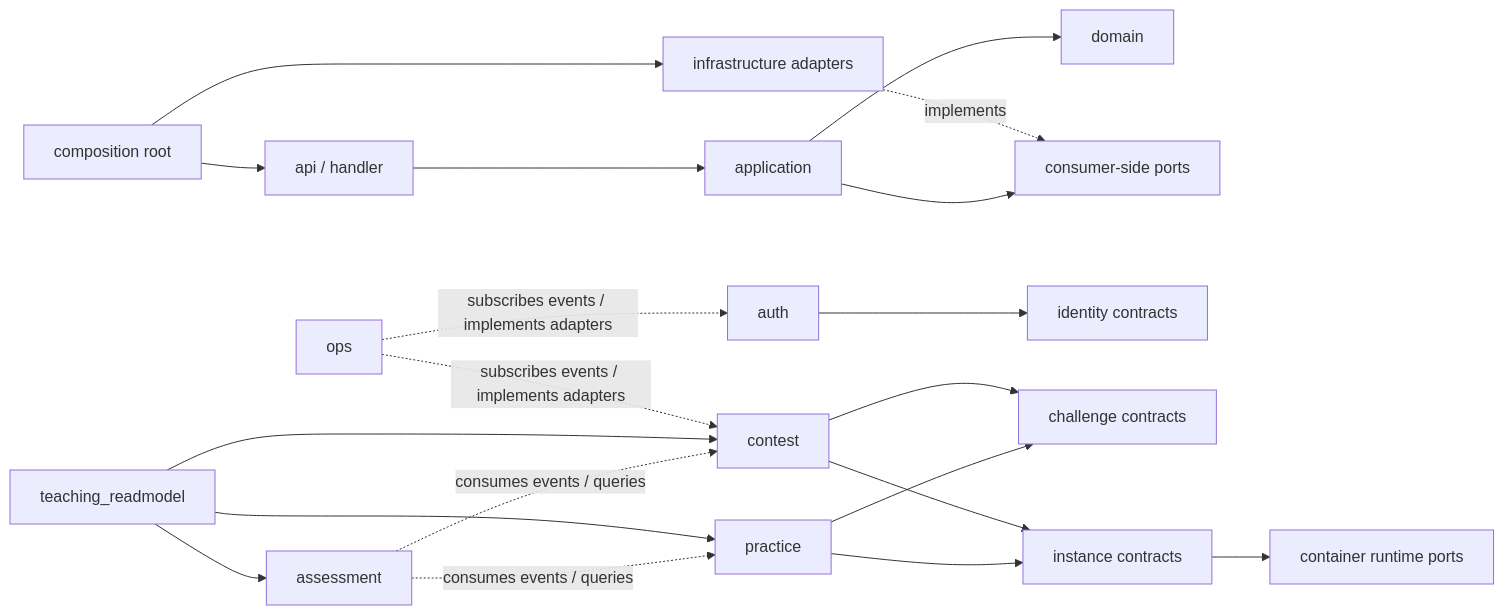
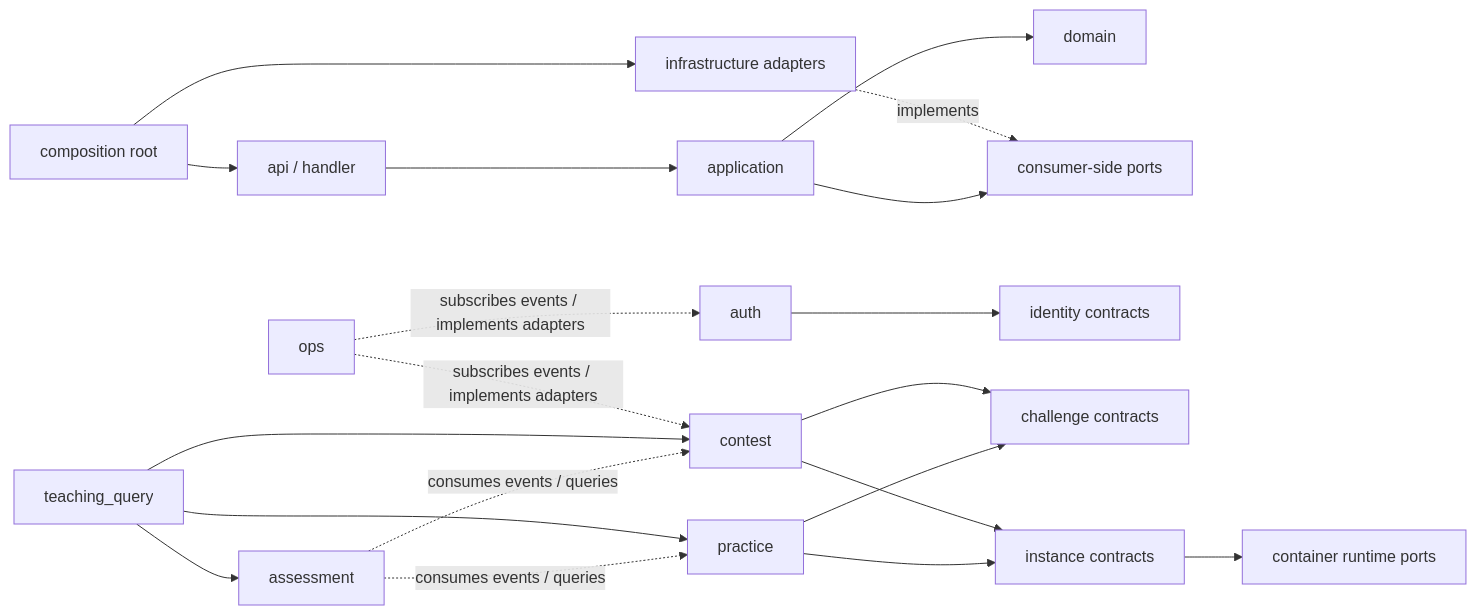
The diagram in docs/design/backend-module-boundary-target.md (architectcgz/ctf), drawn with Mermaid before and after one commit. The commit also changed other lines of this file and 45 other files, not shown here.

Commit message:
重构(后端): 将 teaching_readmodel 重命名为 teaching_query

````diff
--- a/docs/design/backend-module-boundary-target.md
+++ b/docs/design/backend-module-boundary-target.md
@@ -54,23 +54,23 @@
 ```mermaid
 flowchart LR
     API["api / handler"] --> APP["application"]
     APP --> DOMAIN["domain"]
     APP --> PORTS["consumer-side ports"]
     INFRA["infrastructure adapters"] -.implements.-> PORTS
     COMPOSITION["composition root"] --> API
     COMPOSITION --> INFRA
 
     AUTH["auth"] --> IDENTITY["identity contracts"]
     PRACTICE["practice"] --> CHALLENGE["challenge contracts"]
     PRACTICE --> INSTANCE["instance contracts"]
     CONTEST["contest"] --> CHALLENGE
     CONTEST --> INSTANCE
     INSTANCE --> CONTAINER["container runtime ports"]
     ASSESSMENT["assessment"] -.consumes events / queries.-> PRACTICE
     ASSESSMENT -.consumes events / queries.-> CONTEST
-    TEACHING_RM["teaching_readmodel"] --> PRACTICE
+    TEACHING_RM["teaching_query"] --> PRACTICE
     TEACHING_RM --> CONTEST
     TEACHING_RM --> ASSESSMENT
     OPS["ops"] -.subscribes events / implements adapters.-> AUTH
     OPS -.subscribes events / implements adapters.-> CONTEST
 ```
````
